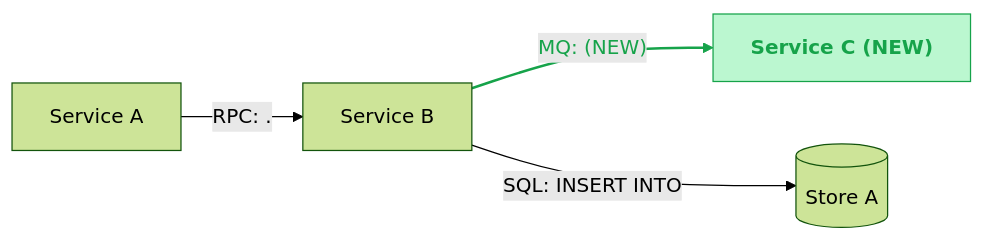
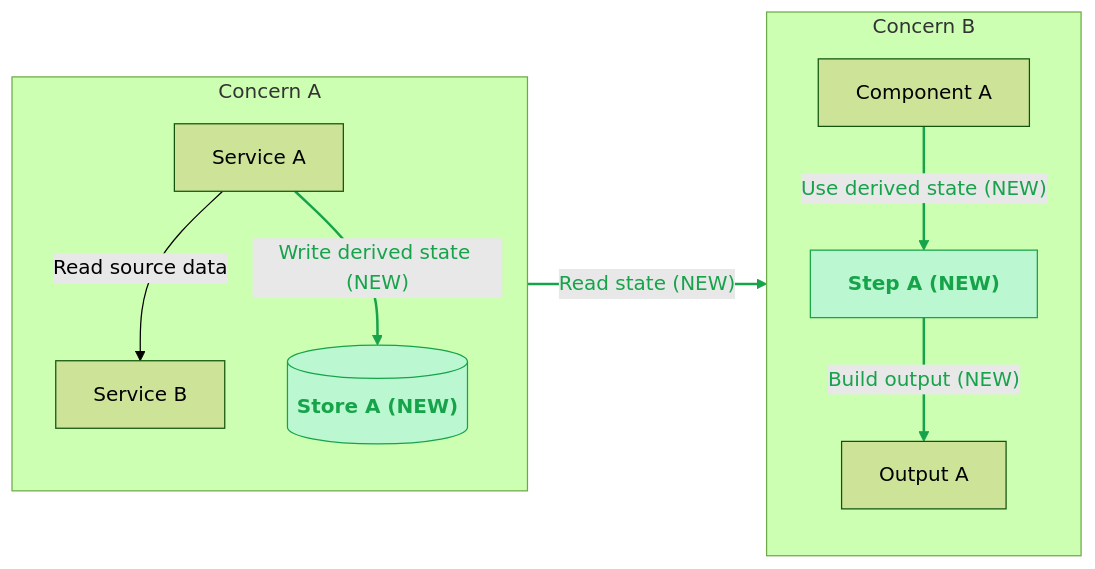
Before and after one commit to luanphandinh/workspace: the diagram in skills/local-tech-design/SKILL.md, drawn with Mermaid (forest theme). The commit also changed other lines of this file, not shown here.

Commit message:
feat: update skills

````diff
--- a/skills/local-tech-design/SKILL.md
+++ b/skills/local-tech-design/SKILL.md
@@ -375,9 +381,26 @@
 ```mermaid
 flowchart LR
-  service_a["Service A"] -->|"RPC: <ServiceB>.<MethodA>"| service_b["Service B"]
-  service_b -->|"MQ: <topic-name> (NEW)"| service_c["Service C (NEW)"]
-  service_b -->|"SQL: INSERT INTO <table-name>"| store_a[("Store A")]
+  subgraph concern_a["Concern A"]
+    direction TB
+    service_a["Service A"]
+    service_b["Service B"]
+    store_a[("Store A (NEW)")]
+    service_a -->|"Read source data"| service_b
+    service_a -->|"Write derived state (NEW)"| store_a
+  end
+  subgraph concern_b["Concern B"]
+    direction TB
+    component_a["Component A"]
+    step_a["Step A (NEW)"]
+    output_a["Output A"]
+    component_a -->|"Use derived state (NEW)"| step_a
+    step_a -->|"Build output (NEW)"| output_a
+  end
+  store_a -->|"Read state (NEW)"| component_a
   classDef new fill:#bbf7d0,stroke:#16a34a,color:#16a34a,font-weight:bold
-  class service_c new
+  class store_a,step_a new
   linkStyle 1 stroke:#16a34a,stroke-width:2px,color:#16a34a
+  linkStyle 2 stroke:#16a34a,stroke-width:2px,color:#16a34a
+  linkStyle 3 stroke:#16a34a,stroke-width:2px,color:#16a34a
+  linkStyle 4 stroke:#16a34a,stroke-width:2px,color:#16a34a
 ```
````
